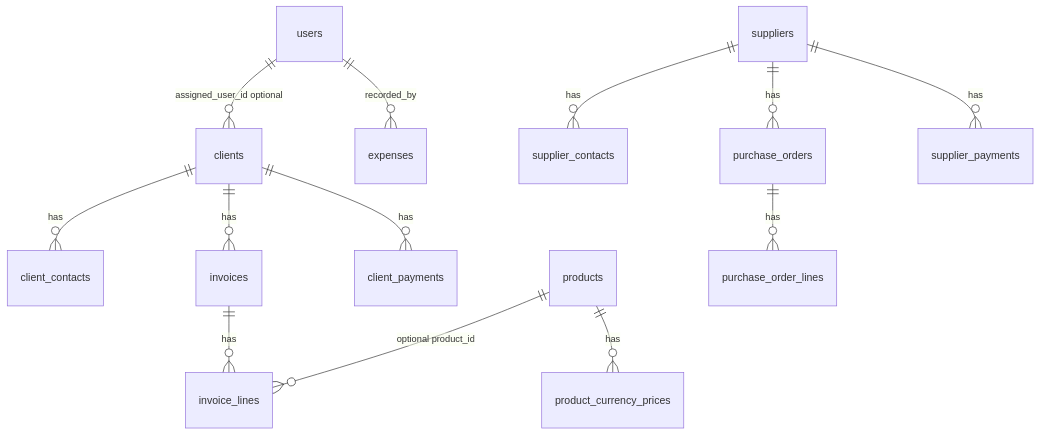
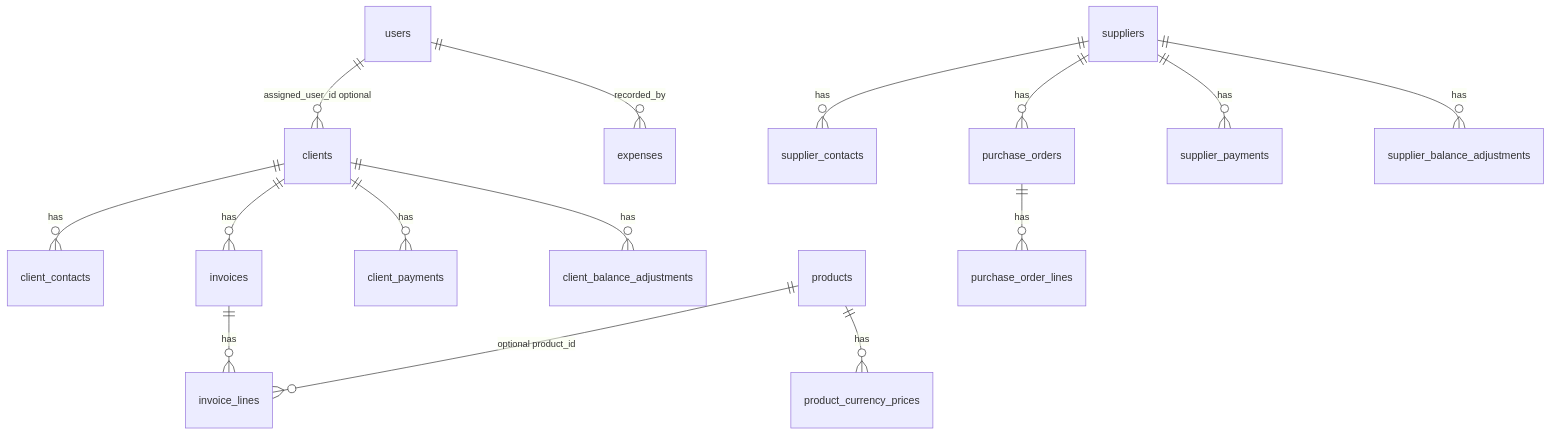
One commit to baitpait/prfile changed the diagram in docs/07_SYSTEM_OVERVIEW_AR.md. Above: the diagram before and after it, drawn with Mermaid. The commit also changed other lines of this file and 47 other files, not shown here.

````diff
--- a/docs/07_SYSTEM_OVERVIEW_AR.md
+++ b/docs/07_SYSTEM_OVERVIEW_AR.md
@@ -95,15 +101,17 @@
 ```mermaid
 erDiagram
     users ||--o{ clients : "assigned_user_id optional"
     users ||--o{ expenses : recorded_by
     clients ||--o{ client_contacts : has
     clients ||--o{ invoices : has
     clients ||--o{ client_payments : has
+    clients ||--o{ client_balance_adjustments : has
     invoices ||--o{ invoice_lines : has
     products ||--o{ invoice_lines : "optional product_id"
     products ||--o{ product_currency_prices : has
     suppliers ||--o{ supplier_contacts : has
     suppliers ||--o{ purchase_orders : has
     purchase_orders ||--o{ purchase_order_lines : has
     suppliers ||--o{ supplier_payments : has
+    suppliers ||--o{ supplier_balance_adjustments : has
 ```
````
